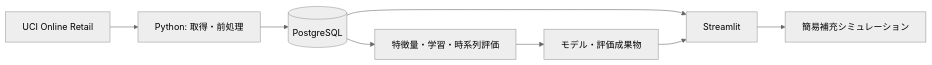
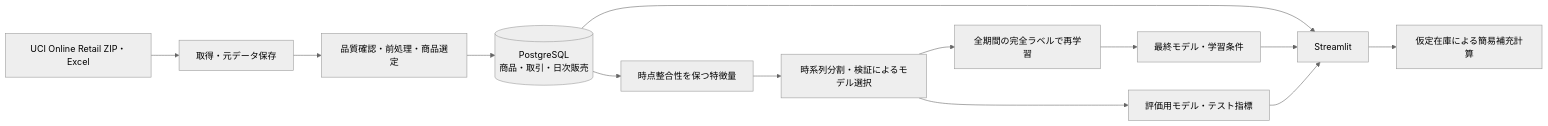
The diagram in README.md (sakumiya0922/demandpilot), drawn with Mermaid (neutral theme) before and after one commit. The commit also changed other lines of this file and 9 other files, not shown here.

````diff
--- a/README.md
+++ b/README.md
@@ -46,10 +27,15 @@
 ```mermaid
 flowchart LR
-    UCI[UCI Online Retail] --> ETL[Python: 取得・前処理]
-    ETL --> DB[(PostgreSQL)]
-    DB --> ML[特徴量・学習・時系列評価]
-    ML --> Files[モデル・評価成果物]
-    DB --> UI[Streamlit]
-    Files --> UI
-    UI --> Sim[簡易補充シミュレーション]
+    UCI[UCI Online Retail ZIP・Excel] --> Download[取得・元データ保存]
+    Download --> Clean[品質確認・前処理・商品選定]
+    Clean --> DB[(PostgreSQL<br/>商品・取引・日次販売)]
+    DB --> Features[時点整合性を保つ特徴量]
+    Features --> Train[時系列分割・検証によるモデル選択]
+    Train --> Eval[評価用モデル・テスト指標]
+    Train --> Final[全期間の完全ラベルで再学習]
+    Final --> Model[最終モデル・学習条件]
+    DB --> App[Streamlit]
+    Model --> App
+    Eval --> App
+    App --> Simulation[仮定在庫による簡易補充計算]
 ```
````
